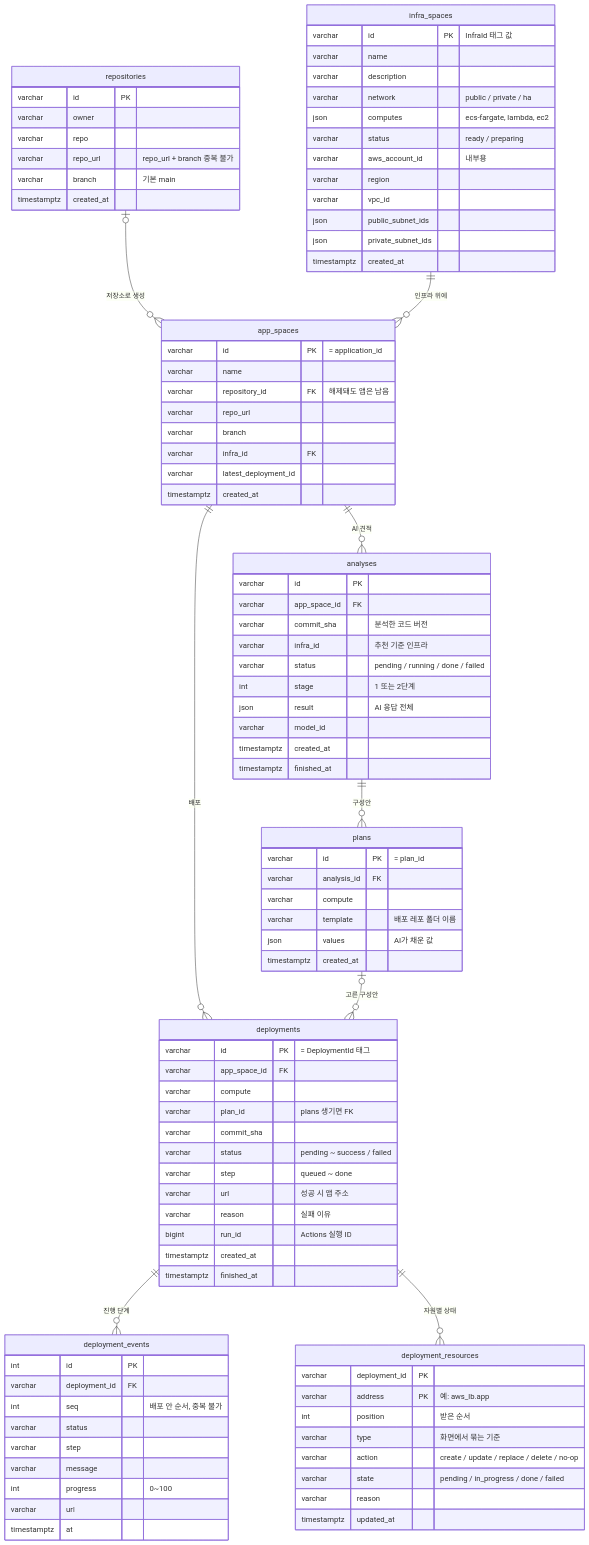
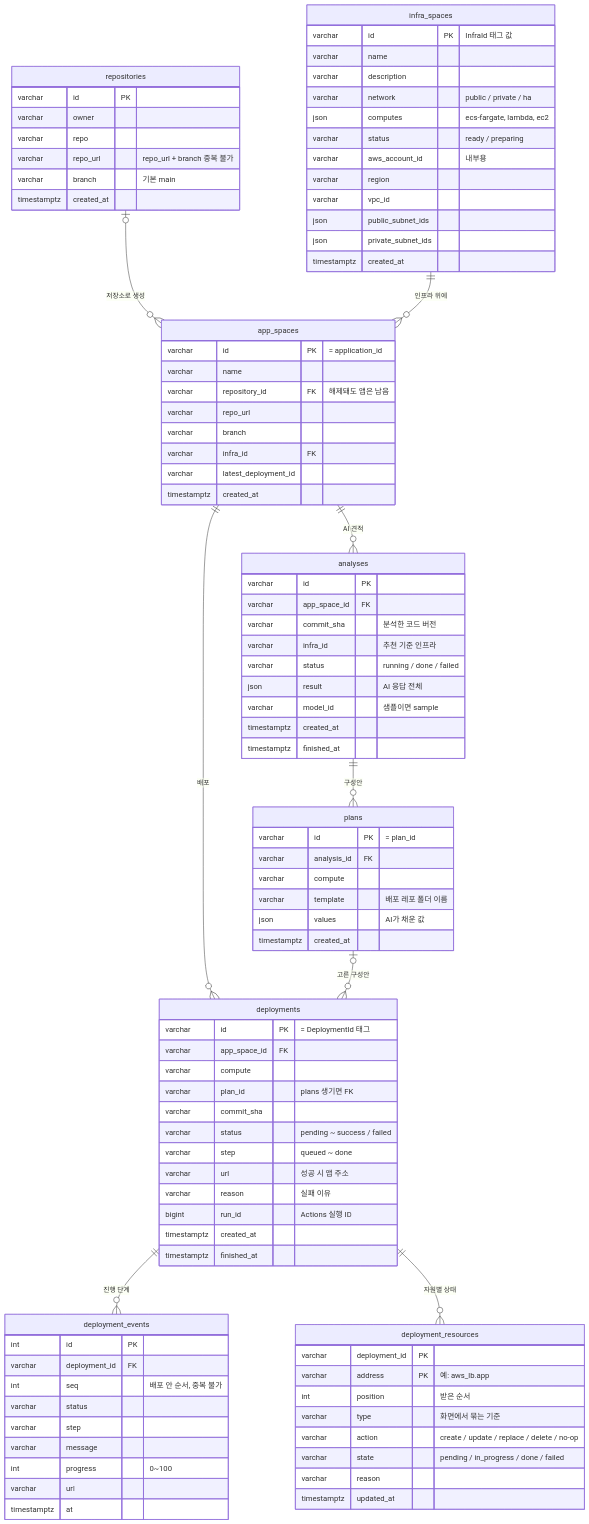
Before and after one commit to softbank-hackathon-2026/Freesia-backend: the diagram in docs/erd.md, drawn with Mermaid. The commit also changed other lines of this file and 8 other files, not shown here.

```diff
--- a/docs/erd.md
+++ b/docs/erd.md
@@ -55,10 +55,9 @@
         varchar app_space_id FK
         varchar commit_sha "분석한 코드 버전"
         varchar infra_id "추천 기준 인프라"
-        varchar status "pending / running / done / failed"
-        int stage "1 또는 2단계"
+        varchar status "running / done / failed"
         json result "AI 응답 전체"
-        varchar model_id
+        varchar model_id "샘플이면 sample"
         timestamptz created_at
         timestamptz finished_at
     }
```
